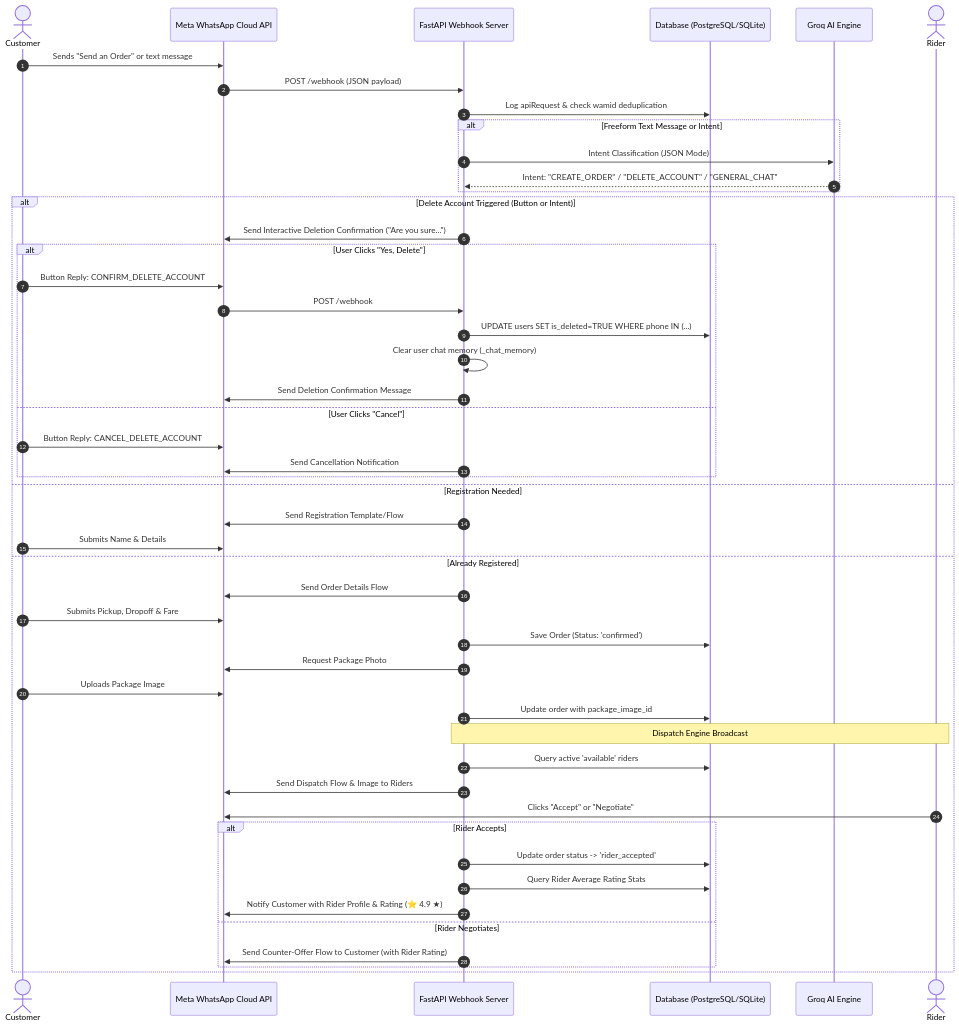
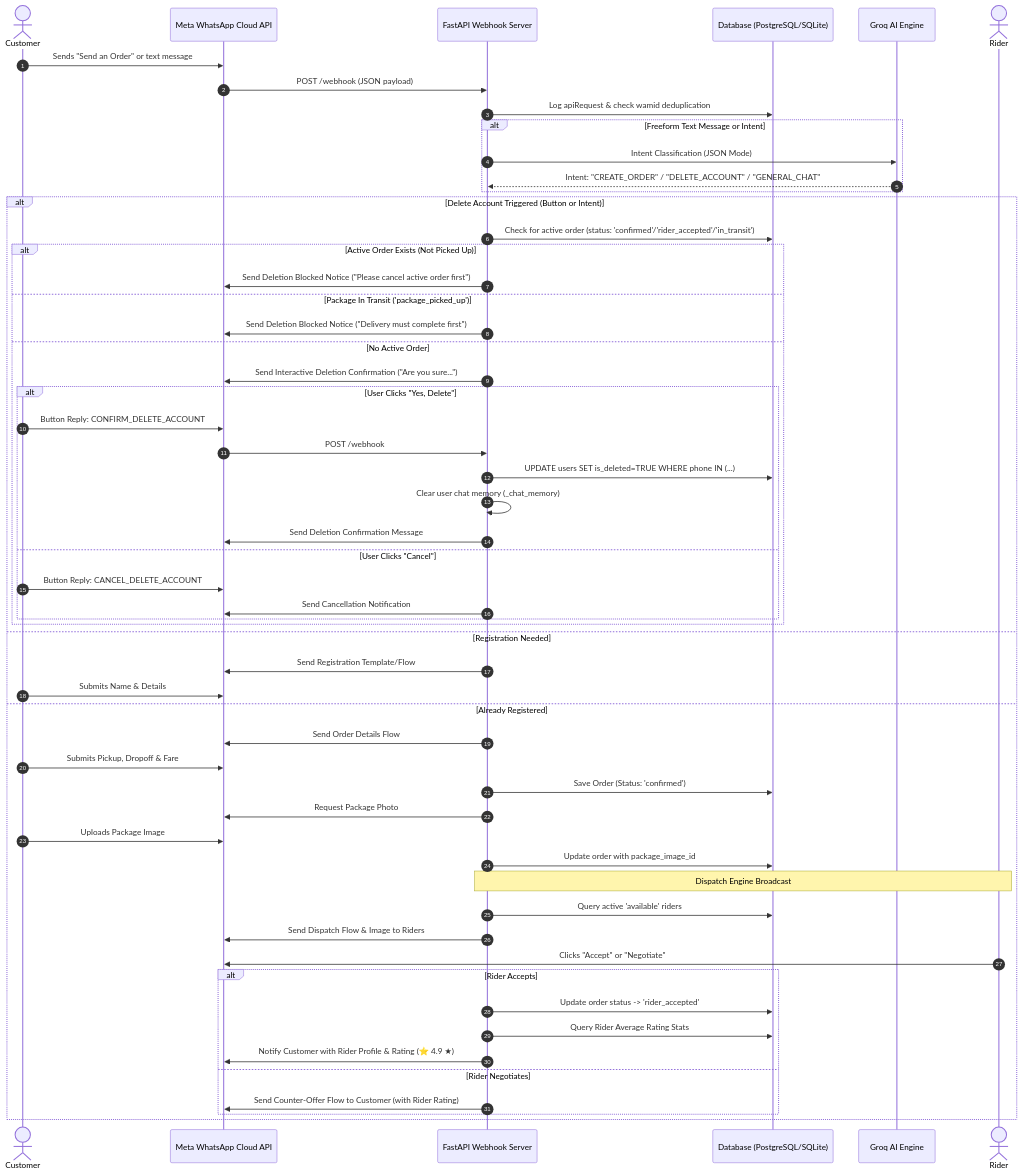
One commit to davidosaluka/fastAPIforWhatsappwebhook changed the diagram in README.md. Above: the diagram before and after it, drawn with Mermaid. The commit also changed other lines of this file and 3 other files, not shown here.

Commit message:
feat: block account deletion during active orders with tailored cancel/transit instructions

````diff
--- a/README.md
+++ b/README.md
@@ -57,56 +57,63 @@
 ```mermaid
 sequenceDiagram
     autonumber
     actor Customer
     participant WhatsApp as Meta WhatsApp Cloud API
     participant FastAPI as FastAPI Webhook Server
     participant DB as Database (PostgreSQL/SQLite)
     participant Groq as Groq AI Engine
     actor Rider
 
     Customer->>WhatsApp: Sends "Send an Order" or text message
     WhatsApp->>FastAPI: POST /webhook (JSON payload)
     FastAPI->>DB: Log apiRequest & check wamid deduplication
     
     alt Freeform Text Message or Intent
         FastAPI->>Groq: Intent Classification (JSON Mode)
         Groq-->>FastAPI: Intent: "CREATE_ORDER" / "DELETE_ACCOUNT" / "GENERAL_CHAT"
     end
 
     alt Delete Account Triggered (Button or Intent)
-        FastAPI->>WhatsApp: Send Interactive Deletion Confirmation ("Are you sure...")
-        alt User Clicks "Yes, Delete"
-            Customer->>WhatsApp: Button Reply: CONFIRM_DELETE_ACCOUNT
-            WhatsApp->>FastAPI: POST /webhook
-            FastAPI->>DB: UPDATE users SET is_deleted=TRUE WHERE phone IN (...)
-            FastAPI->>FastAPI: Clear user chat memory (_chat_memory)
-            FastAPI->>WhatsApp: Send Deletion Confirmation Message
-        else User Clicks "Cancel"
-            Customer->>WhatsApp: Button Reply: CANCEL_DELETE_ACCOUNT
-            FastAPI->>WhatsApp: Send Cancellation Notification
+        FastAPI->>DB: Check for active order (status: 'confirmed'/'rider_accepted'/'in_transit')
+        alt Active Order Exists (Not Picked Up)
+            FastAPI->>WhatsApp: Send Deletion Blocked Notice ("Please cancel active order first")
+        else Package In Transit ('package_picked_up')
+            FastAPI->>WhatsApp: Send Deletion Blocked Notice ("Delivery must complete first")
+        else No Active Order
+            FastAPI->>WhatsApp: Send Interactive Deletion Confirmation ("Are you sure...")
+            alt User Clicks "Yes, Delete"
+                Customer->>WhatsApp: Button Reply: CONFIRM_DELETE_ACCOUNT
+                WhatsApp->>FastAPI: POST /webhook
+                FastAPI->>DB: UPDATE users SET is_deleted=TRUE WHERE phone IN (...)
+                FastAPI->>FastAPI: Clear user chat memory (_chat_memory)
+                FastAPI->>WhatsApp: Send Deletion Confirmation Message
+            else User Clicks "Cancel"
+                Customer->>WhatsApp: Button Reply: CANCEL_DELETE_ACCOUNT
+                FastAPI->>WhatsApp: Send Cancellation Notification
+            end
         end
     else Registration Needed
         FastAPI->>WhatsApp: Send Registration Template/Flow
         Customer->>WhatsApp: Submits Name & Details
     else Already Registered
         FastAPI->>WhatsApp: Send Order Details Flow
         Customer->>WhatsApp: Submits Pickup, Dropoff & Fare
         FastAPI->>DB: Save Order (Status: 'confirmed')
         FastAPI->>WhatsApp: Request Package Photo
         Customer->>WhatsApp: Uploads Package Image
         FastAPI->>DB: Update order with package_image_id
         
         Note over FastAPI, Rider: Dispatch Engine Broadcast
         FastAPI->>DB: Query active 'available' riders
         FastAPI->>WhatsApp: Send Dispatch Flow & Image to Riders
         Rider->>WhatsApp: Clicks "Accept" or "Negotiate"
         
         alt Rider Accepts
             FastAPI->>DB: Update order status -> 'rider_accepted'
             FastAPI->>DB: Query Rider Average Rating Stats
             FastAPI->>WhatsApp: Notify Customer with Rider Profile & Rating (⭐ 4.9 ★)
         else Rider Negotiates
             FastAPI->>WhatsApp: Send Counter-Offer Flow to Customer (with Rider Rating)
         end
     end
 ```
````
